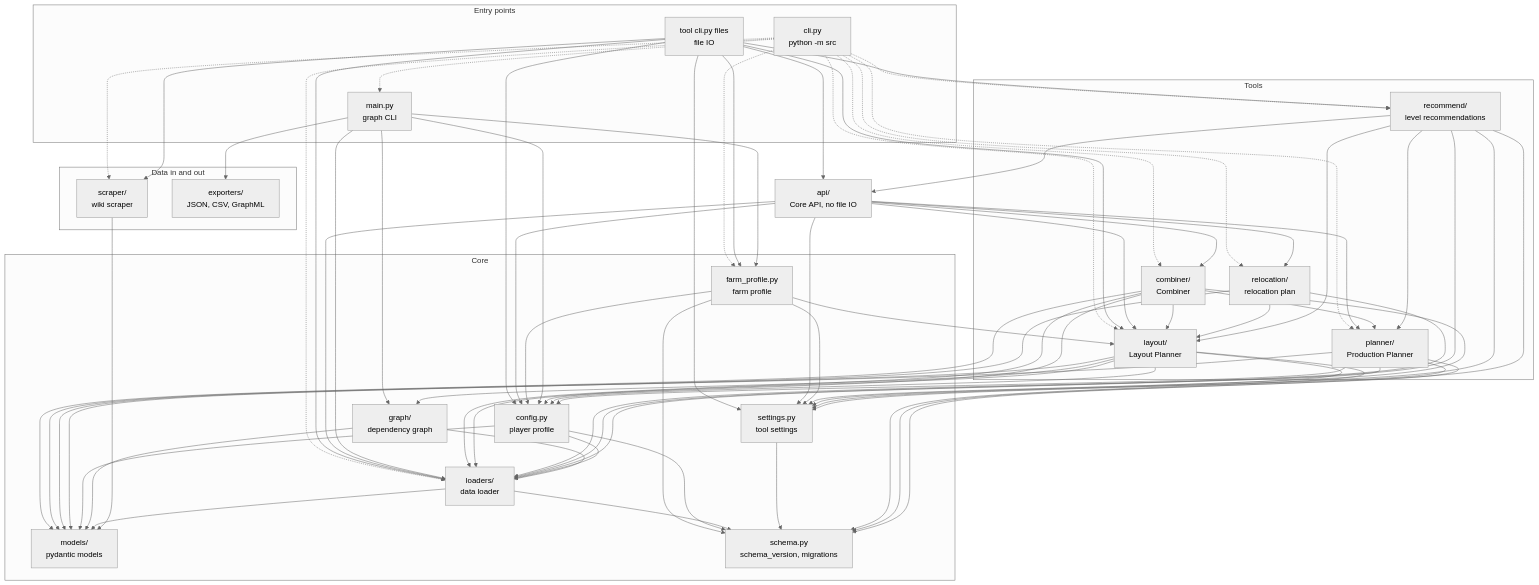
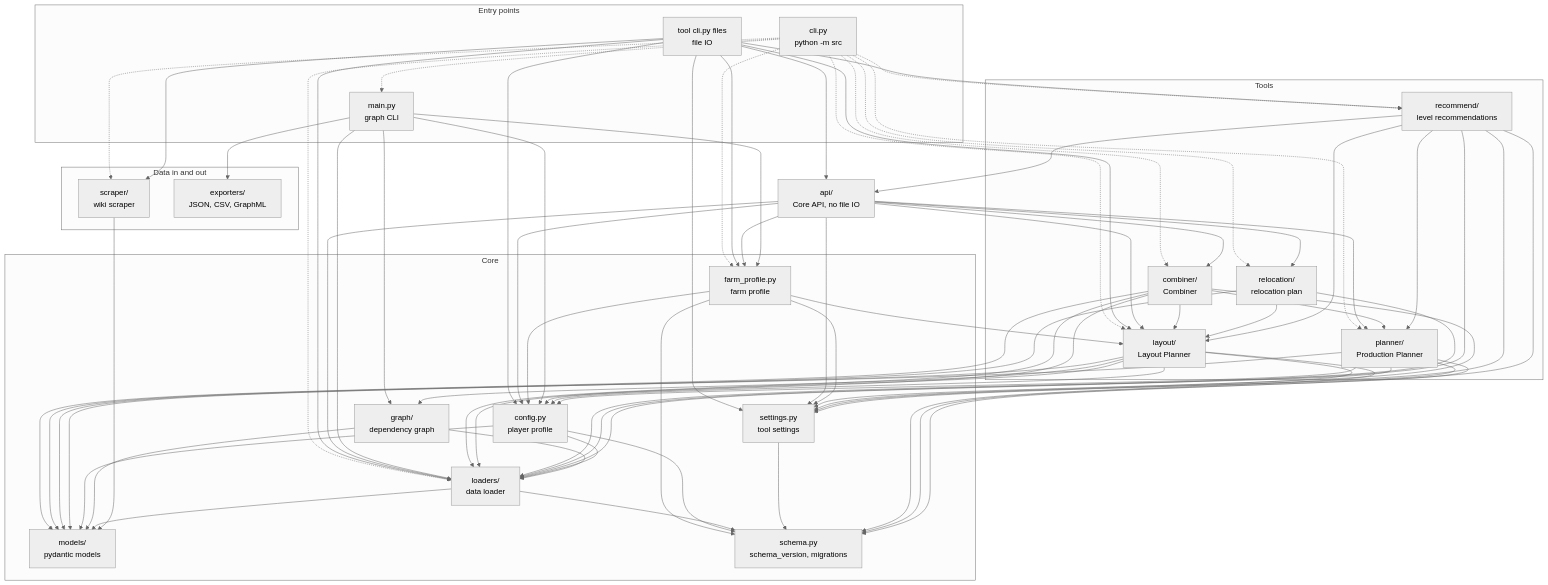
One commit to Drntth/farm-production-recipe-dependency-graph changed the first of 2 diagrams in docs/architecture.md. Above: the diagram before and after it, drawn with Mermaid (neutral theme). The commit also changed 43 other files, not shown here.

```diff
--- a/docs/architecture.md
+++ b/docs/architecture.md
@@ -56,6 +56,7 @@
 
     api --> combiner
     api --> config
+    api --> fprofile
     api --> layout
     api --> loaders
     api --> planner
```
